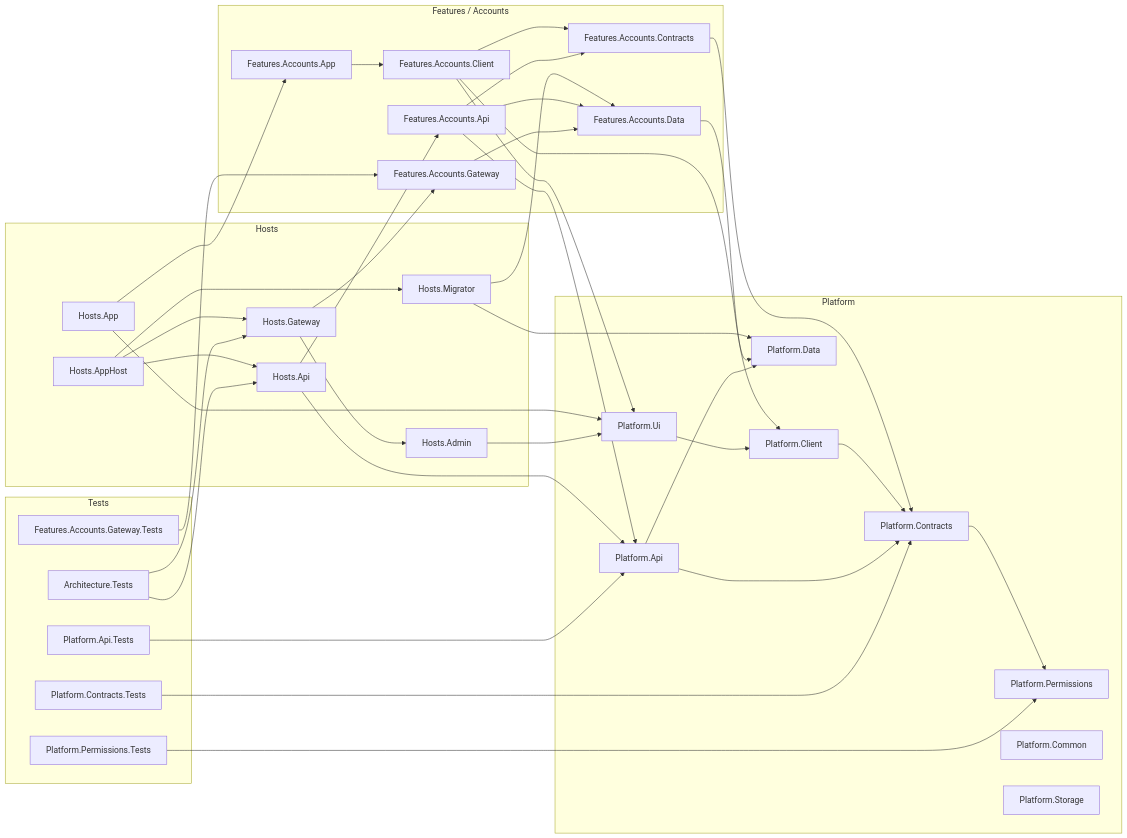
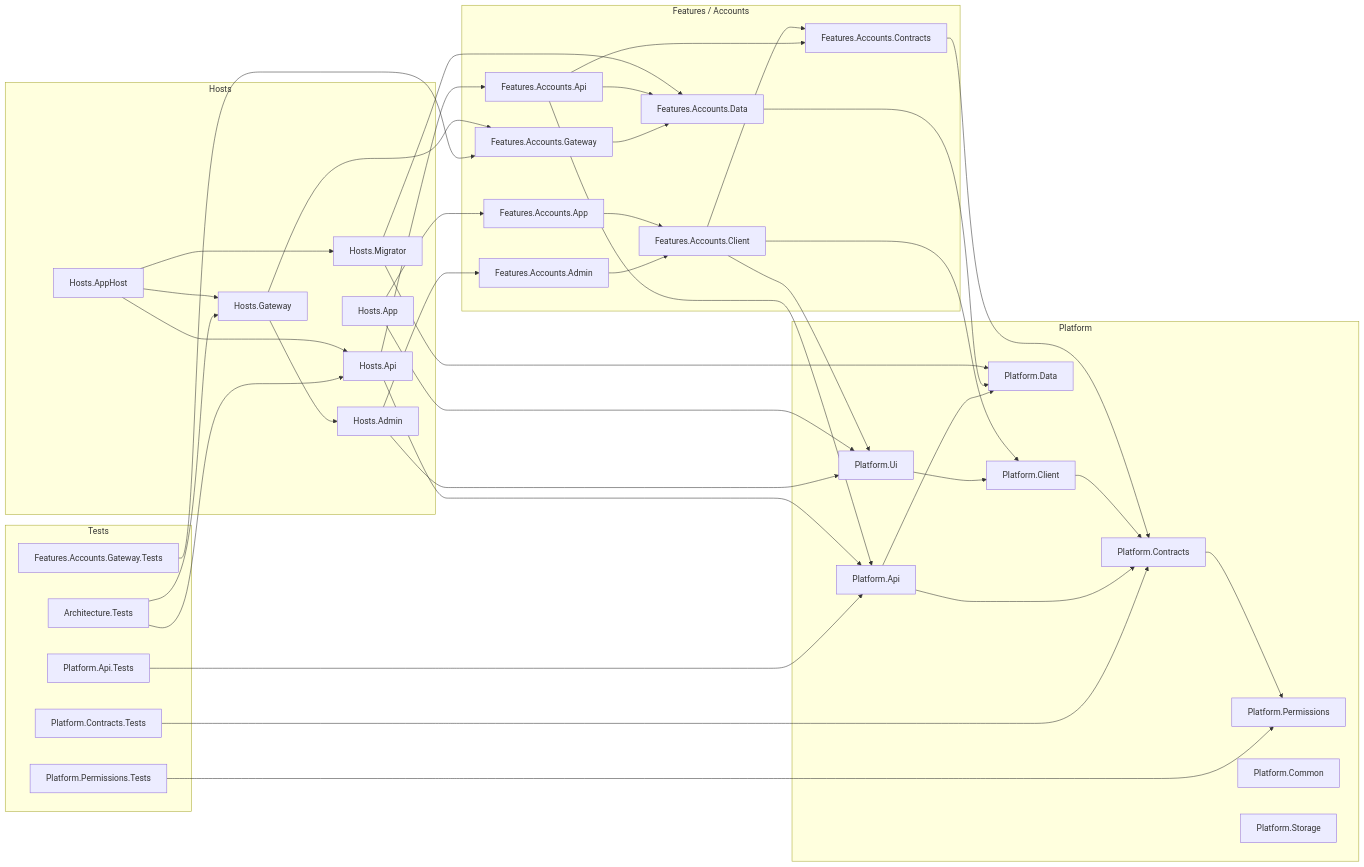
One commit to Asherslab/GSBC.ChurchApp changed the first of 2 diagrams in docs/architecture/repo-layout.md. Above: the diagram before and after it, drawn with Mermaid. The commit also changed other lines of this file and 21 other files, not shown here.

First line of the commit message:
Accounts: sign-in, sign-up, welcome and account screens in the admin panel

````diff
--- a/docs/architecture/repo-layout.md
+++ b/docs/architecture/repo-layout.md
@@ -63,64 +63,66 @@
 ```mermaid
 flowchart LR
     subgraph Hosts
         HostsApp["Hosts.App"]
         HostsAdmin["Hosts.Admin"]
         HostsGateway["Hosts.Gateway"]
         HostsApi["Hosts.Api"]
         HostsMigrator["Hosts.Migrator"]
         HostsAppHost["Hosts.AppHost"]
     end
 
     subgraph Accounts["Features / Accounts"]
         AccountsApp["Features.Accounts.App"]
+        AccountsAdmin["Features.Accounts.Admin"]
         AccountsClient["Features.Accounts.Client"]
         AccountsApi["Features.Accounts.Api"]
         AccountsData["Features.Accounts.Data"]
         AccountsGateway["Features.Accounts.Gateway"]
         AccountsContracts["Features.Accounts.Contracts"]
     end
 
     subgraph Platform
         PlatformUi["Platform.Ui"]
         PlatformClient["Platform.Client"]
         PlatformApi["Platform.Api"]
         PlatformData["Platform.Data"]
         PlatformContracts["Platform.Contracts"]
         PlatformPermissions["Platform.Permissions"]
         PlatformCommon["Platform.Common"]
         PlatformStorage["Platform.Storage"]
     end
 
     subgraph Tests
         ArchitectureTests["Architecture.Tests"]
         PermissionsTests["Platform.Permissions.Tests"]
         ContractsTests["Platform.Contracts.Tests"]
         ApiTests["Platform.Api.Tests"]
         GatewayTests["Features.Accounts.Gateway.Tests"]
     end
 
     HostsAppHost --> HostsApi & HostsGateway & HostsMigrator
     HostsGateway --> HostsAdmin & AccountsGateway
     HostsApp --> AccountsApp & PlatformUi
-    HostsAdmin --> PlatformUi
+    HostsAdmin --> PlatformUi & AccountsAdmin
     HostsApi --> AccountsApi & PlatformApi
     HostsMigrator --> PlatformData & AccountsData
 
     AccountsApp --> AccountsClient
+    AccountsAdmin --> AccountsClient
     AccountsClient --> AccountsContracts & PlatformClient & PlatformUi
     AccountsApi --> AccountsContracts & AccountsData & PlatformApi
     AccountsGateway --> AccountsData
     AccountsContracts --> PlatformContracts
     AccountsData --> PlatformData
 
     PlatformUi --> PlatformClient
     PlatformClient --> PlatformContracts
     PlatformApi --> PlatformContracts & PlatformData
     PlatformContracts --> PlatformPermissions
 
     ArchitectureTests --> HostsApi & HostsGateway
     PermissionsTests --> PlatformPermissions
     ContractsTests --> PlatformContracts
     ApiTests --> PlatformApi
     GatewayTests --> AccountsGateway
 ```
````
